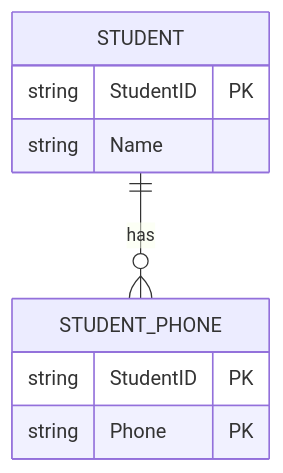
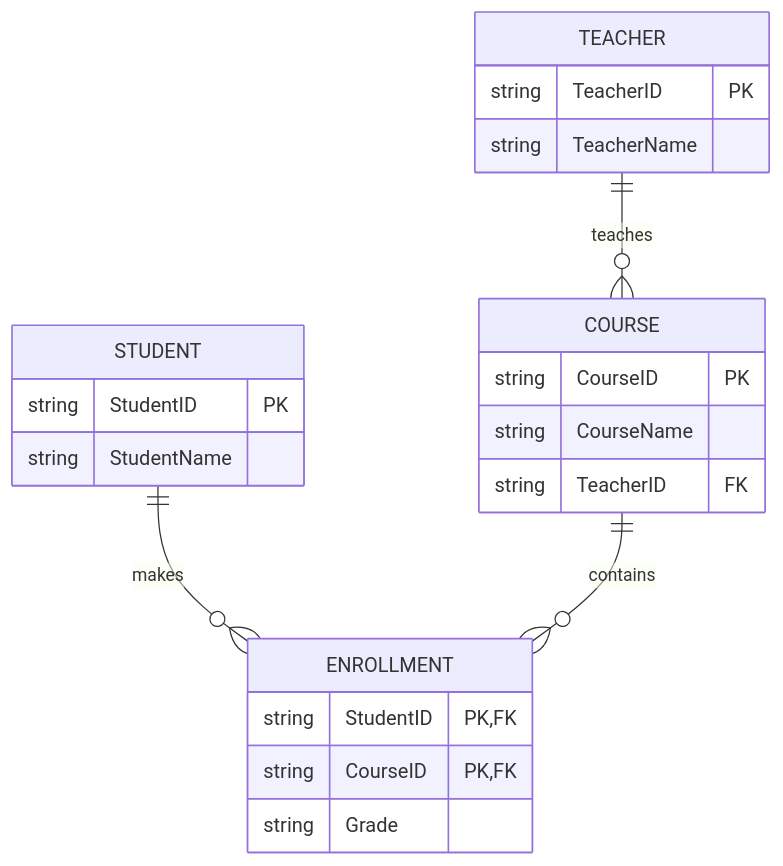
One commit to pentoshi007/prep changed the second of 14 diagrams in DBMS/norm.md. Above: the diagram before and after it, drawn with Mermaid. The commit also changed other lines of this file, not shown here.

````diff
--- a/DBMS/norm.md
+++ b/DBMS/norm.md
@@ -94,12 +70,24 @@
 ```mermaid
 erDiagram
-    STUDENT ||--o{ STUDENT_PHONE : has
+    STUDENT ||--o{ ENROLLMENT : makes
+    COURSE ||--o{ ENROLLMENT : contains
+    TEACHER ||--o{ COURSE : teaches
     STUDENT {
         string StudentID PK
-        string Name
+        string StudentName
     }
-    STUDENT_PHONE {
-        string StudentID PK
-        string Phone PK
+    COURSE {
+        string CourseID PK
+        string CourseName
+        string TeacherID FK
+    }
+    TEACHER {
+        string TeacherID PK
+        string TeacherName
+    }
+    ENROLLMENT {
+        string StudentID PK, FK
+        string CourseID PK, FK
+        string Grade
     }
 ```
````
